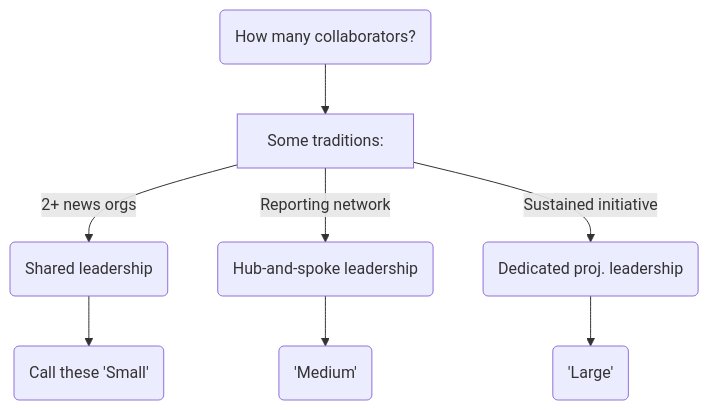
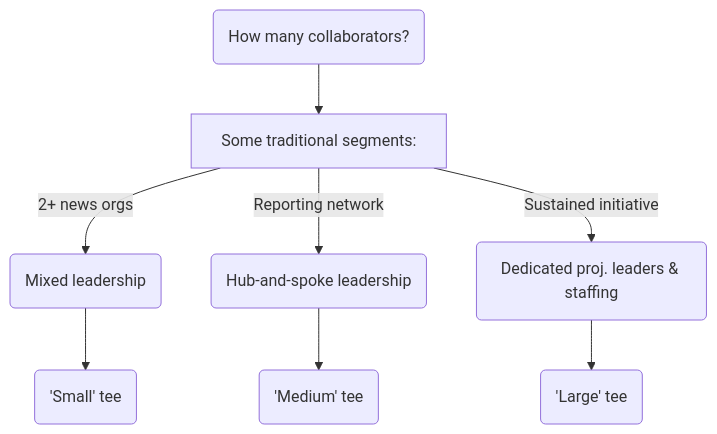
One commit to tiffehr/collaboration-capstone changed the first of 4 diagrams in docs/README.md. Above: the diagram before and after it, drawn with Mermaid. The commit also changed other lines of this file, not shown here.

Commit message:
tee-shirt sizing text and start on Small examples

```diff
--- a/docs/README.md
+++ b/docs/README.md
@@ -19,10 +23,10 @@
 <div class="mermaid">
 graph TD
-  A(How many collaborators?) --> B[Some traditions:]
-    B -->|2+ news orgs| b1(Shared leadership)
-      b1 --> sm(Call these 'Small')
+  A(How many collaborators?) --> B[Some traditional segments:]
+    B -->|2+ news orgs| b1(Mixed leadership)
+      b1 --> sm('Small' tee)
     B -->|Reporting network| b2(Hub-and-spoke leadership)
-      b2 --> md('Medium')
-    B -->|Sustained initiative| b3(Dedicated proj. leadership)
-      b3 --> lg('Large')
+      b2 --> md('Medium' tee)
+    B -->|Sustained initiative| b3(Dedicated proj. leaders & staffing)
+      b3 --> lg('Large' tee)
 </div>
```
